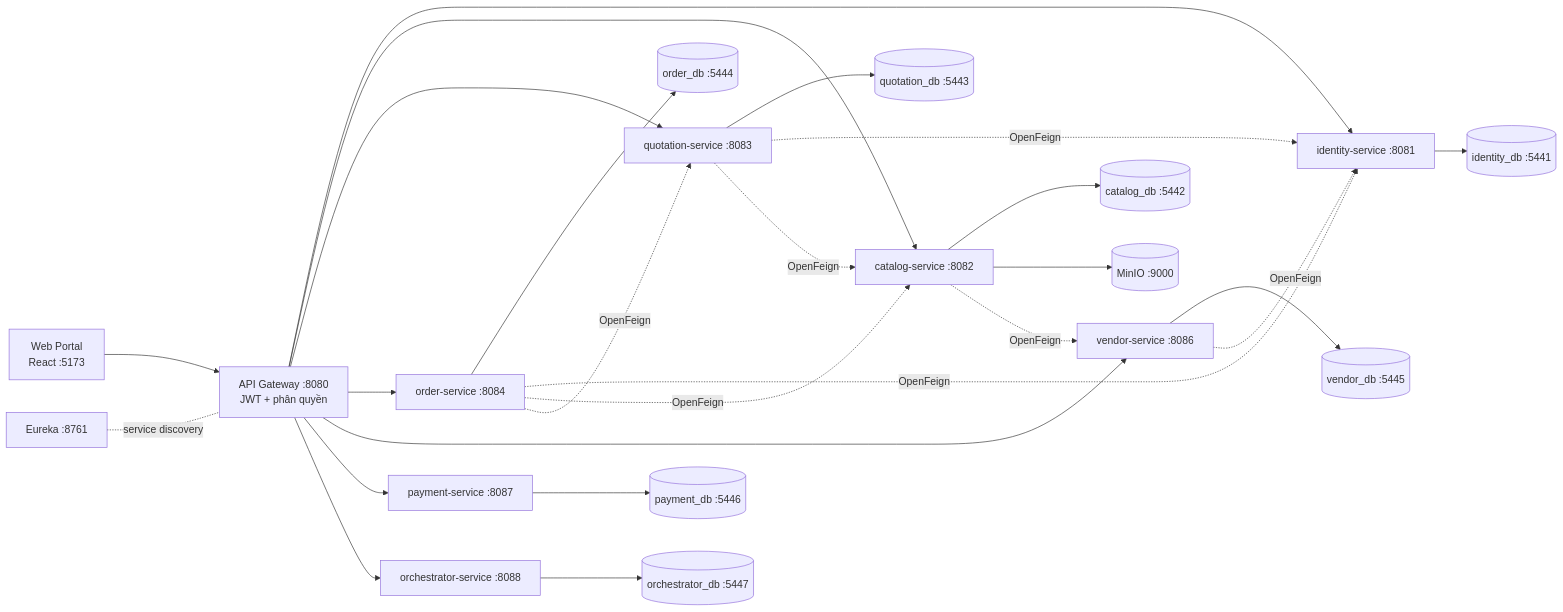
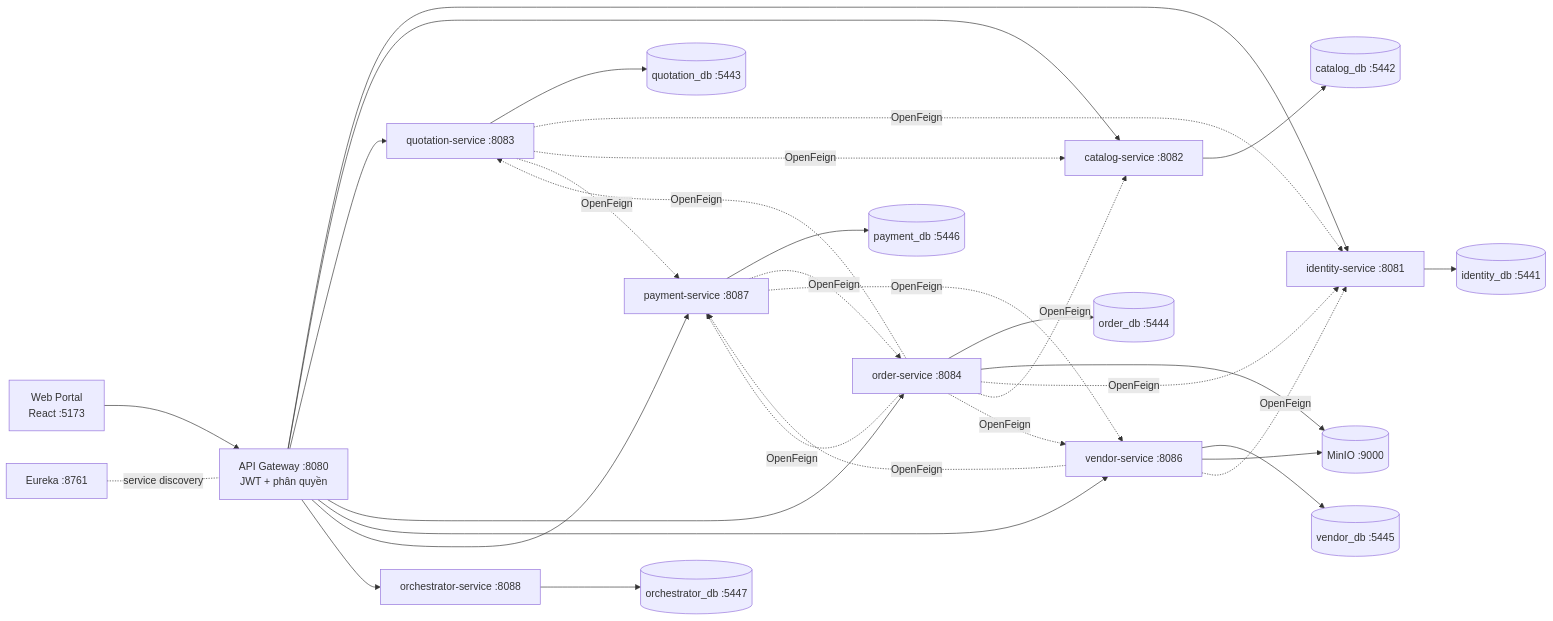
One commit to LeTran30/MSS301-moonkage-platform-project changed the diagram in README.md. Above: the diagram before and after it, drawn with Mermaid. The commit also changed other lines of this file and 1180 other files, not shown here.

First line of the commit message:
feat: run the business flows end to end, tracing and API type sync (#106)

````diff
--- a/README.md
+++ b/README.md
@@ -50,27 +77,33 @@
 ```mermaid
 flowchart LR
     Web["Web Portal<br/>React :5173"] --> GW["API Gateway :8080<br/>JWT + phân quyền"]
     GW --> ID["identity-service :8081"]
     GW --> CA["catalog-service :8082"]
     GW --> TE["quotation-service :8083"]
     GW --> OR["order-service :8084"]
     GW --> VE["vendor-service :8086"]
     GW --> PA["payment-service :8087"]
     GW --> NO["orchestrator-service :8088"]
     ID --> IDB[("identity_db :5441")]
     CA --> CDB[("catalog_db :5442")]
     TE --> TDB[("quotation_db :5443")]
     OR --> ODB[("order_db :5444")]
-    CA --> MI[("MinIO :9000")]
     VE --> VDB[("vendor_db :5445")]
     PA --> PDB[("payment_db :5446")]
     NO --> NDB[("orchestrator_db :5447")]
-    CA -. OpenFeign .-> VE
+    VE --> MI[("MinIO :9000")]
+    OR --> MI
     VE -. OpenFeign .-> ID
+    VE -. OpenFeign .-> PA
     TE -. OpenFeign .-> ID
     TE -. OpenFeign .-> CA
+    TE -. OpenFeign .-> PA
     OR -. OpenFeign .-> ID
     OR -. OpenFeign .-> CA
     OR -. OpenFeign .-> TE
+    OR -. OpenFeign .-> VE
+    OR -. OpenFeign .-> PA
+    PA -. OpenFeign .-> OR
+    PA -. OpenFeign .-> VE
     EU["Eureka :8761"] -.-|service discovery| GW
 ```
````
